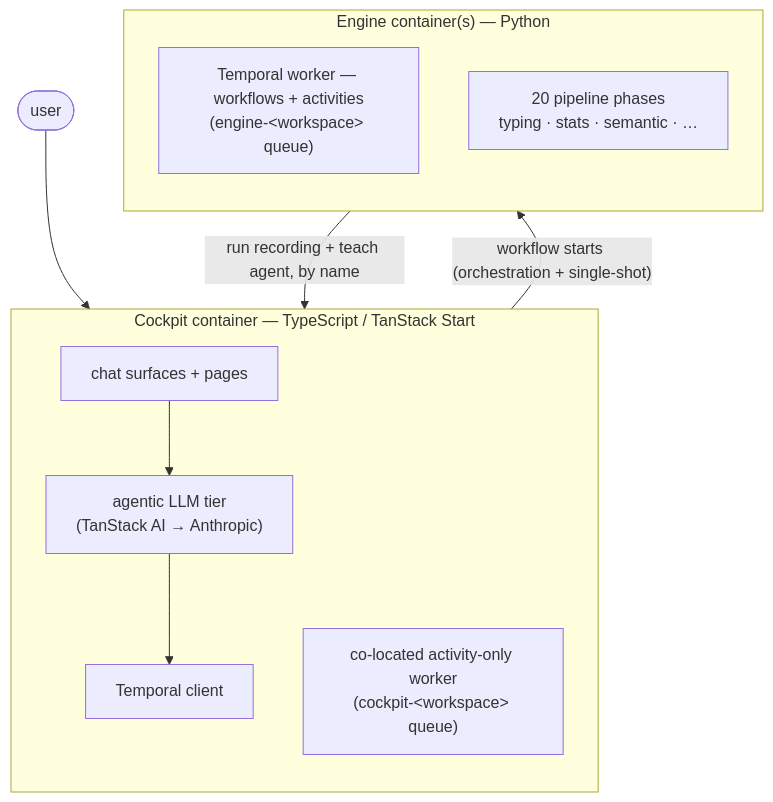
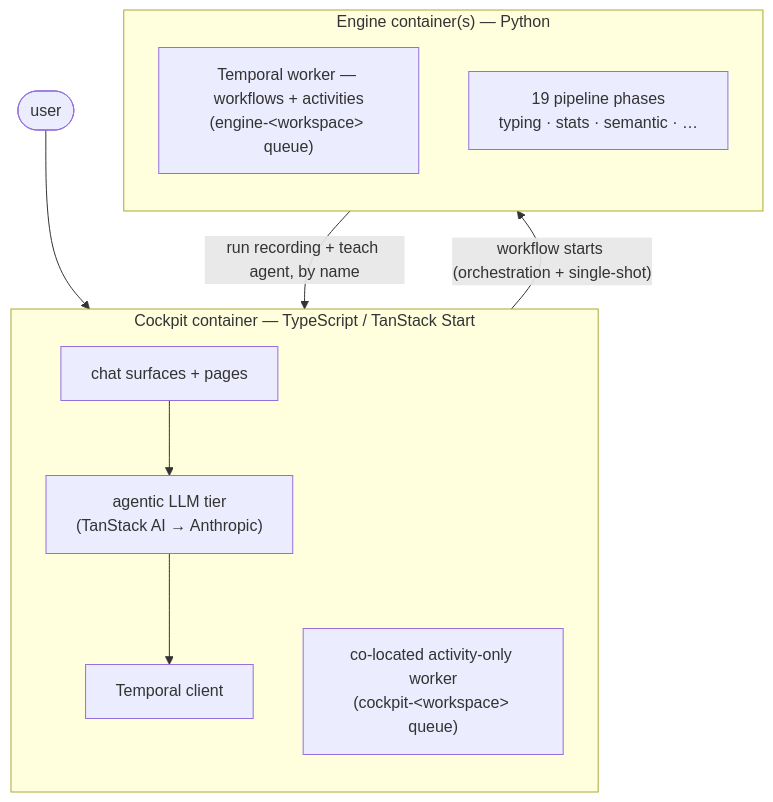
One commit to dataraum/dataraum changed the first of 3 diagrams in docs/platform/architecture.md. Above: the diagram before and after it, drawn with Mermaid. The commit also changed other lines of this file and 151 other files, not shown here.

````diff
--- a/docs/platform/architecture.md
+++ b/docs/platform/architecture.md
@@ -14,23 +14,23 @@
 ```mermaid
 flowchart TB
     User(["user"])
 
     subgraph CP["Cockpit container — TypeScript / TanStack Start"]
         direction TB
         UI["chat surfaces + pages"]
         Agent["agentic LLM tier<br/>(TanStack AI → Anthropic)"]
         Client["Temporal client"]
         AWk["co-located activity-only worker<br/>(cockpit-&lt;workspace&gt; queue)"]
     end
 
     subgraph EWk["Engine container(s) — Python"]
         direction TB
         Worker["Temporal worker — workflows + activities<br/>(engine-&lt;workspace&gt; queue)"]
-        Phases["20 pipeline phases<br/>typing · stats · semantic · …"]
+        Phases["19 pipeline phases<br/>typing · stats · semantic · …"]
     end
 
     User --> UI --> Agent
     Agent --> Client
     Client -- "workflow starts (orchestration + single-shot)" --> Worker
     Worker -- "run recording + teach agent, by name" --> AWk
 ```
````
